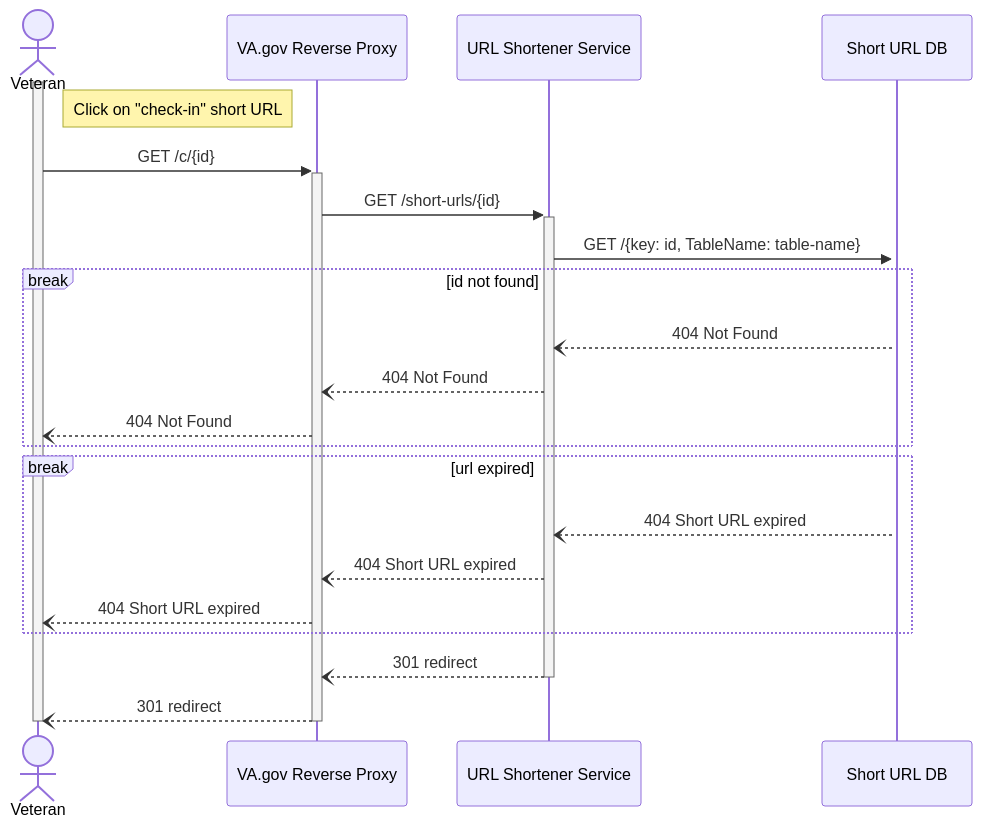
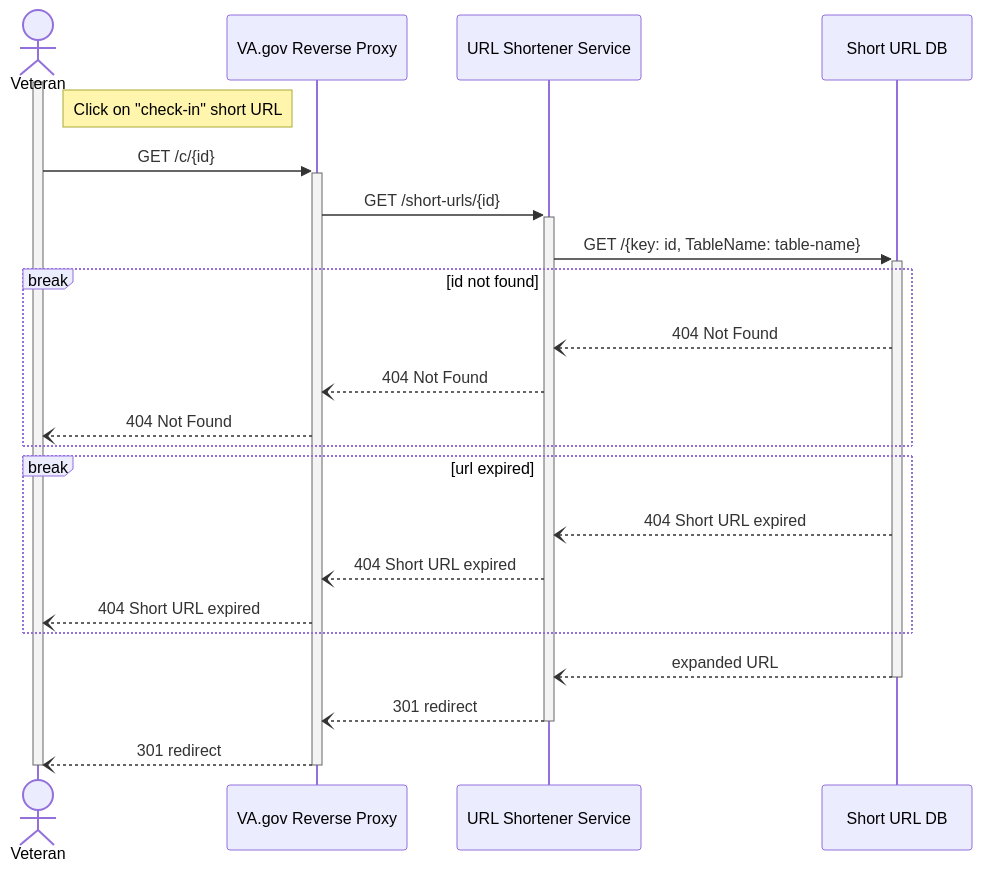
One commit to department-of-veterans-affairs/va.gov-team changed the second of 5 diagrams in products/health-care/checkin/engineering/architecture-diagrams/sequenceDiagram_preCheckInExp.md. Above: the diagram before and after it, drawn with Mermaid.

````diff
--- a/products/health-care/checkin/engineering/architecture-diagrams/sequenceDiagram_preCheckInExp.md
+++ b/products/health-care/checkin/engineering/architecture-diagrams/sequenceDiagram_preCheckInExp.md
@@ -57,25 +57,26 @@
 ```mermaid
 sequenceDiagram
   actor vet as Veteran
   participant var as VA.gov Reverse Proxy
   participant url as URL Shortener Service
   participant db as Short URL DB
   activate vet
   note right of vet: Click on "check-in" short URL
   vet->>+var: GET /c/{id}
   var->>+url: GET /short-urls/{id}
   url->>+db: GET /{key: id, TableName: table-name}
   break id not found 
     db--)url: 404 Not Found
     url--)var: 404 Not Found
     var--)vet: 404 Not Found      
   end
   break url expired
     db--)url: 404 Short URL expired
     url--)var: 404 Short URL expired
     var--)vet: 404 Short URL expired
   end
+  db--)-url: expanded URL
   url--)-var: 301 redirect
   var--)-vet: 301 redirect
   deactivate vet
 ```
````
